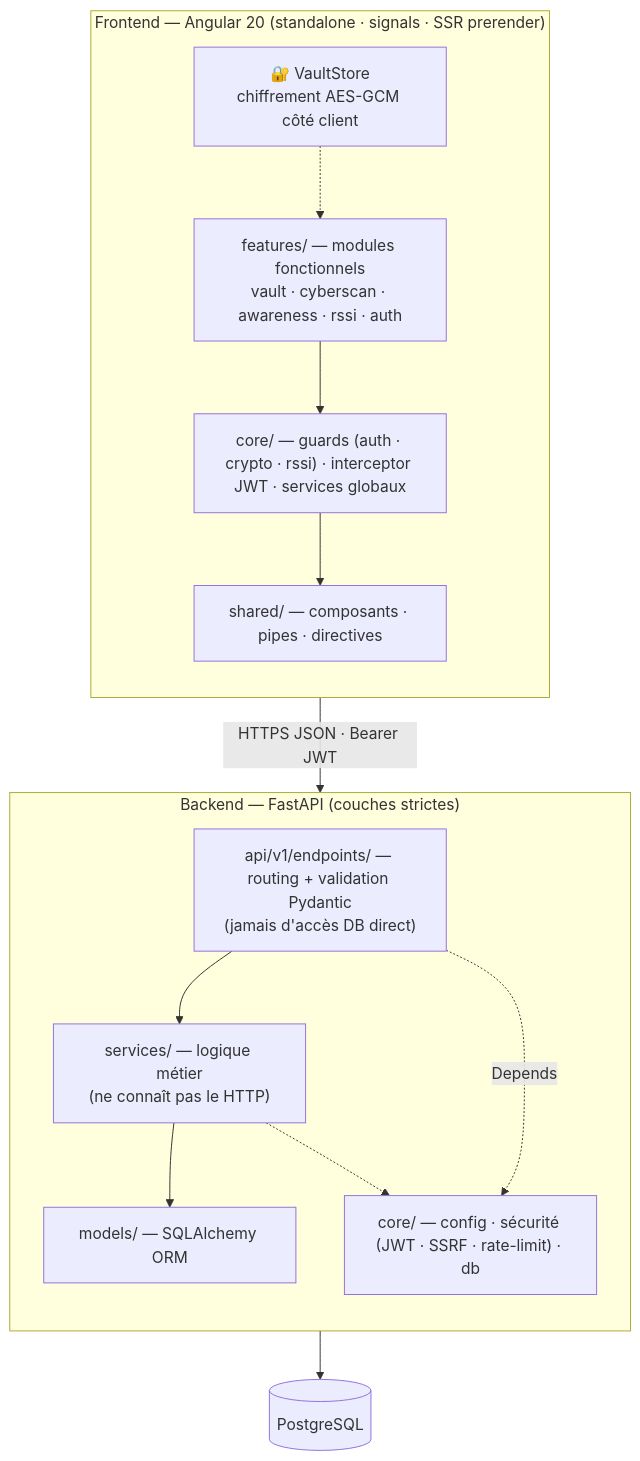
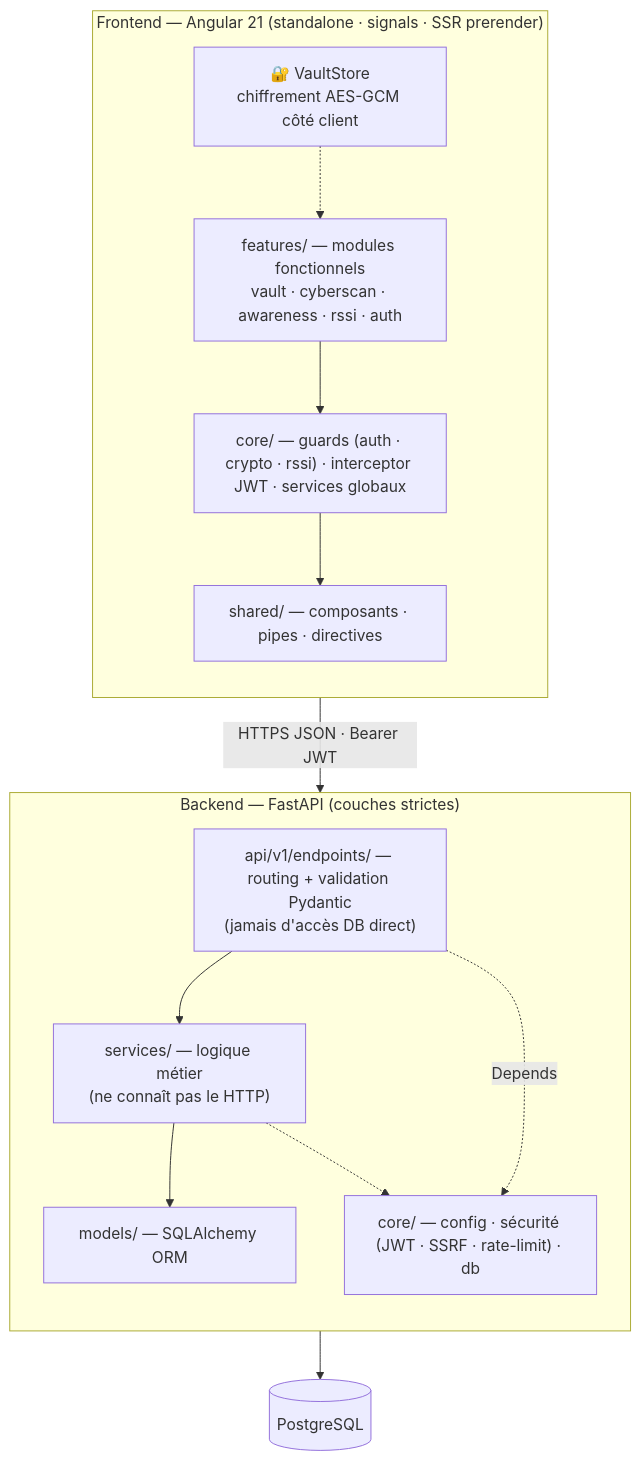
One commit to DavidRocher01/cyber-vault changed the diagram in docs/diagrams/02.mmd. Above: the diagram before and after it, drawn with Mermaid. The commit also changed 17 other files, not shown here.

```diff
--- a/docs/diagrams/02.mmd
+++ b/docs/diagrams/02.mmd
@@ -1,25 +1,25 @@
 flowchart TB
-    subgraph FE["Frontend — Angular 20 (standalone · signals · SSR prerender)"]
+    subgraph FE["Frontend — Angular 21 (standalone · signals · SSR prerender)"]
       direction TB
       FEfeat["features/ — modules fonctionnels<br/>vault · cyberscan · awareness · rssi · auth"]
       FEcore["core/ — guards (auth · crypto · rssi) · interceptor JWT · services globaux"]
       FEshared["shared/ — composants · pipes · directives"]
       VS["🔐 VaultStore<br/>chiffrement AES-GCM côté client"]
     end
 
     subgraph BE["Backend — FastAPI (couches strictes)"]
       direction TB
       EP["api/v1/endpoints/ — routing + validation Pydantic<br/>(jamais d'accès DB direct)"]
       SVC["services/ — logique métier<br/>(ne connaît pas le HTTP)"]
       MOD["models/ — SQLAlchemy ORM"]
       CORE["core/ — config · sécurité (JWT · SSRF · rate-limit) · db"]
     end
 
     DB[("PostgreSQL")]
 
     FEfeat --> FEcore --> FEshared
     VS -.-> FEfeat
     FE -->|"HTTPS JSON · Bearer JWT"| EP
     EP --> SVC --> MOD --> DB
     EP -.->|Depends| CORE
     SVC -.-> CORE
```
